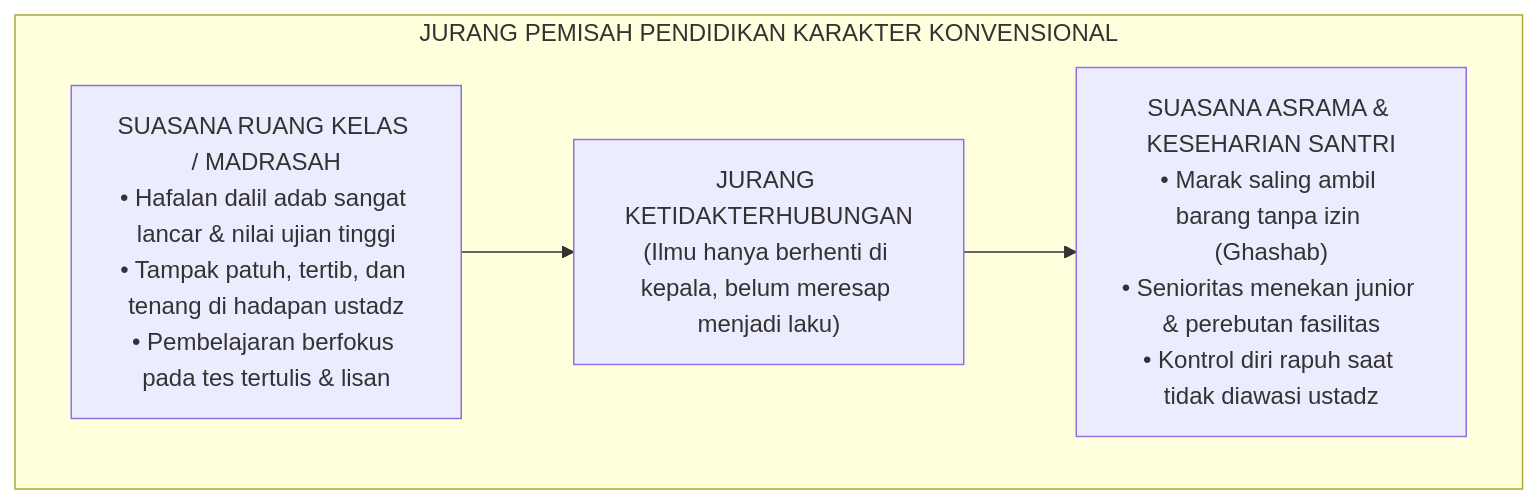
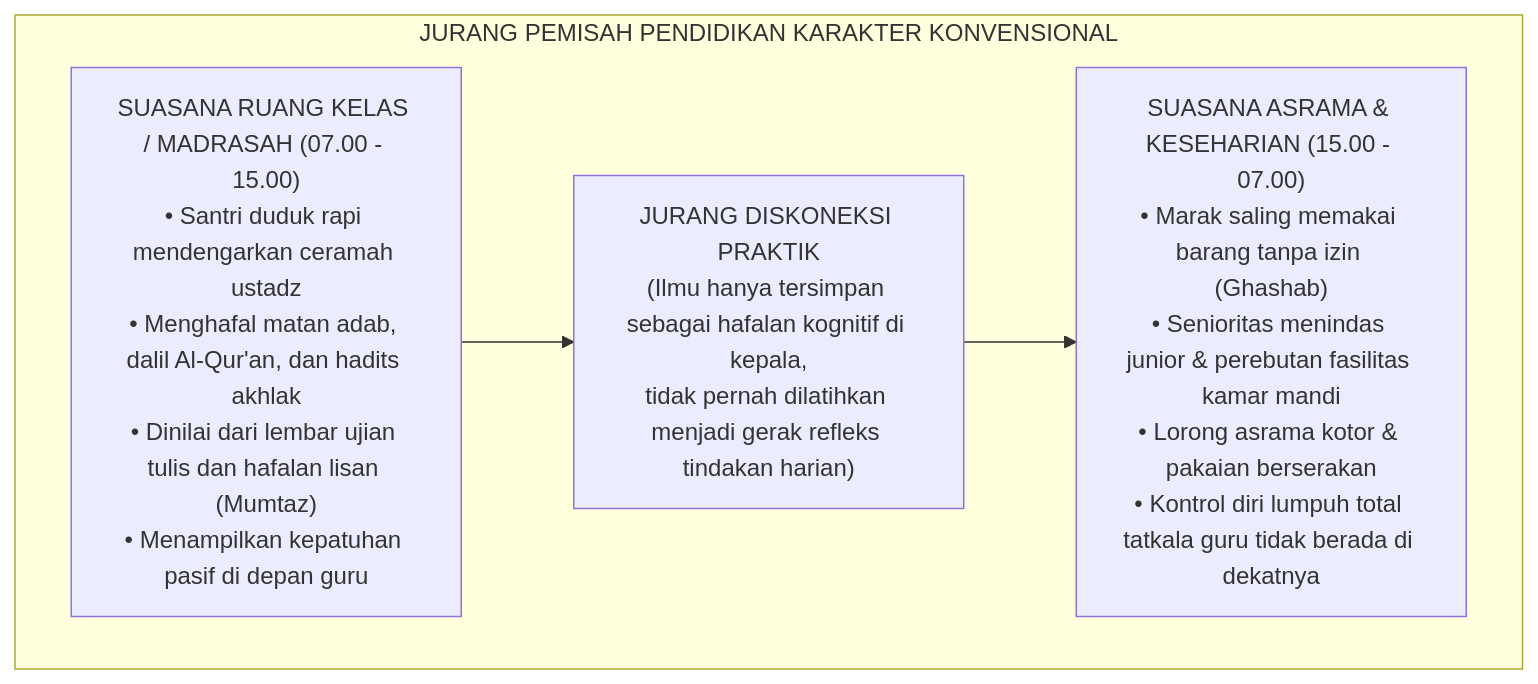
Before and after one commit to wandiapriliyandi/tumbuh: the first of 4 diagrams in BOOK-SERIES/Volume-01/Bab-01-Krisis-Karakter-dan-Urgensi-Rekonstruksi/01-Anomali-Pendidikan-Karakter-Tradisional.md, drawn with Mermaid. The commit also changed other lines of this file, not shown here.

Commit message:
docs(guide): perluas sub-bab 1.1 menjadi panduan komprehensif, naratif membumi, dan langkah praktis operasional

````diff
--- a/BOOK-SERIES/Volume-01/Bab-01-Krisis-Karakter-dan-Urgensi-Rekonstruksi/01-Anomali-Pendidikan-Karakter-Tradisional.md
+++ b/BOOK-SERIES/Volume-01/Bab-01-Krisis-Karakter-dan-Urgensi-Rekonstruksi/01-Anomali-Pendidikan-Karakter-Tradisional.md
@@ -20,10 +27,12 @@
 ```mermaid
 graph TD
     subgraph Kontras["JURANG PEMISAH PENDIDIKAN KARAKTER KONVENSIONAL"]
-        RuangKelas["SUASANA RUANG KELAS / MADRASAH<br/>• Hafalan dalil adab sangat lancar & nilai ujian tinggi<br/>• Tampak patuh, tertib, dan tenang di hadapan ustadz<br/>• Pembelajaran berfokus pada tes tertulis & lisan"]
-        Jurang["JURANG KETIDAKTERHUBUNGAN<br/>(Ilmu hanya berhenti di kepala, belum meresap menjadi laku)"]
-        RuangAsrama["SUASANA ASRAMA & KESEHARIAN SANTRI<br/>• Marak saling ambil barang tanpa izin (Ghashab)<br/>• Senioritas menekan junior & perebutan fasilitas<br/>• Kontrol diri rapuh saat tidak diawasi ustadz"]
+        RuangKelas["SUASANA RUANG KELAS / MADRASAH (07.00 - 15.00)<br/>• Santri duduk rapi mendengarkan ceramah ustadz<br/>• Menghafal matan adab, dalil Al-Qur'an, dan hadits akhlak<br/>• Dinilai dari lembar ujian tulis dan hafalan lisan (Mumtaz)<br/>• Menampilkan kepatuhan pasif di depan guru"]
+        
+        Jurang["JURANG DISKONEKSI PRAKTIK<br/>(Ilmu hanya tersimpan sebagai hafalan kognitif di kepala,<br/>tidak pernah dilatihkan menjadi gerak refleks tindakan harian)"]
+        
+        RuangAsrama["SUASANA ASRAMA & KESEHARIAN (15.00 - 07.00)<br/>• Marak saling memakai barang tanpa izin (Ghashab)<br/>• Senioritas menindas junior & perebutan fasilitas kamar mandi<br/>• Lorong asrama kotor & pakaian berserakan<br/>• Kontrol diri lumpuh total tatkala guru tidak berada di dekatnya"]
         
         RuangKelas --> Jurang --> RuangAsrama
     end
 ```
````
